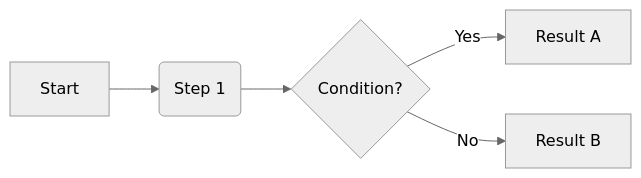
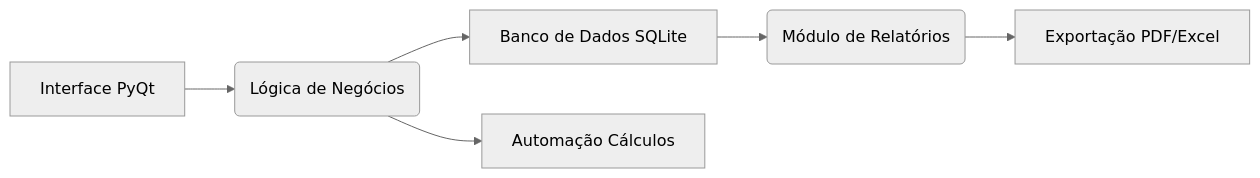
Before and after one commit to WendersonPLopes/Wenderson_Lopes: the diagram in README.md, drawn with Mermaid (neutral theme).

````diff
--- a/README.md
+++ b/README.md
@@ -59,7 +59,8 @@
 ```mermaid
 graph LR
-    A[Start] --> B(Step 1)
-    B --> C{Condition?}
-    C -- Yes --> D[Result A]
-    C -- No --> E[Result B]
+    A[Interface PyQt] --> B(Lógica de Negócios)
+    B --> C[Banco de Dados SQLite]
+    C --> D(Módulo de Relatórios)
+    D --> E[Exportação PDF/Excel]
+    B --> F[Automação Cálculos]
 ```
````
